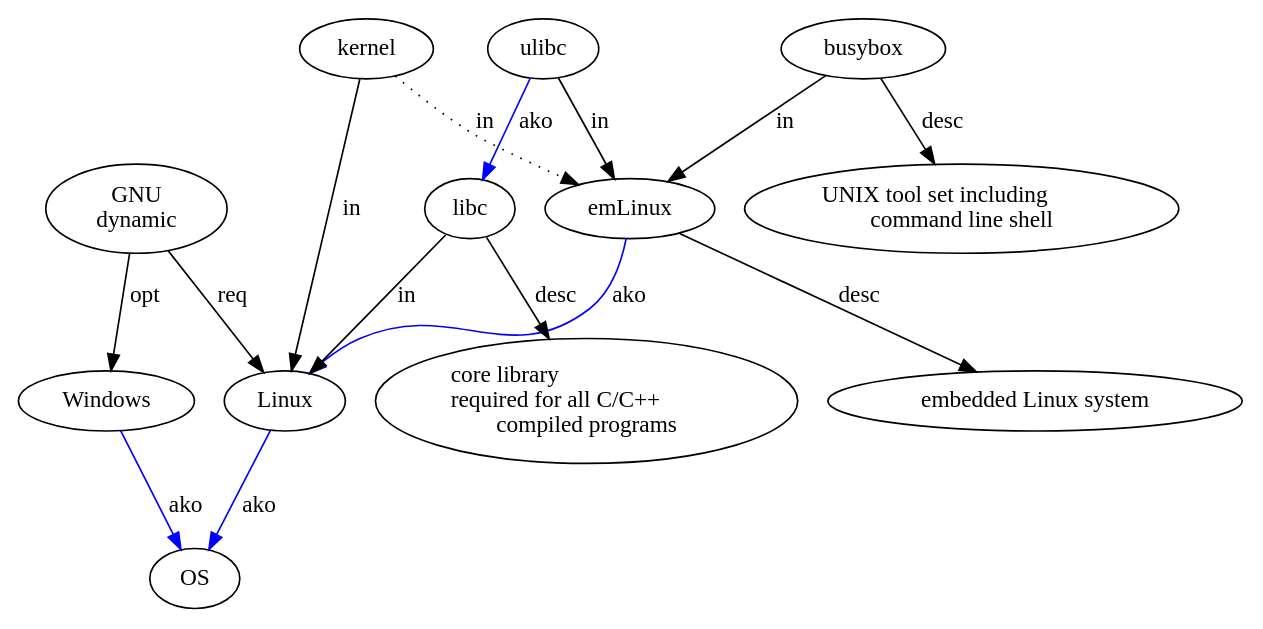
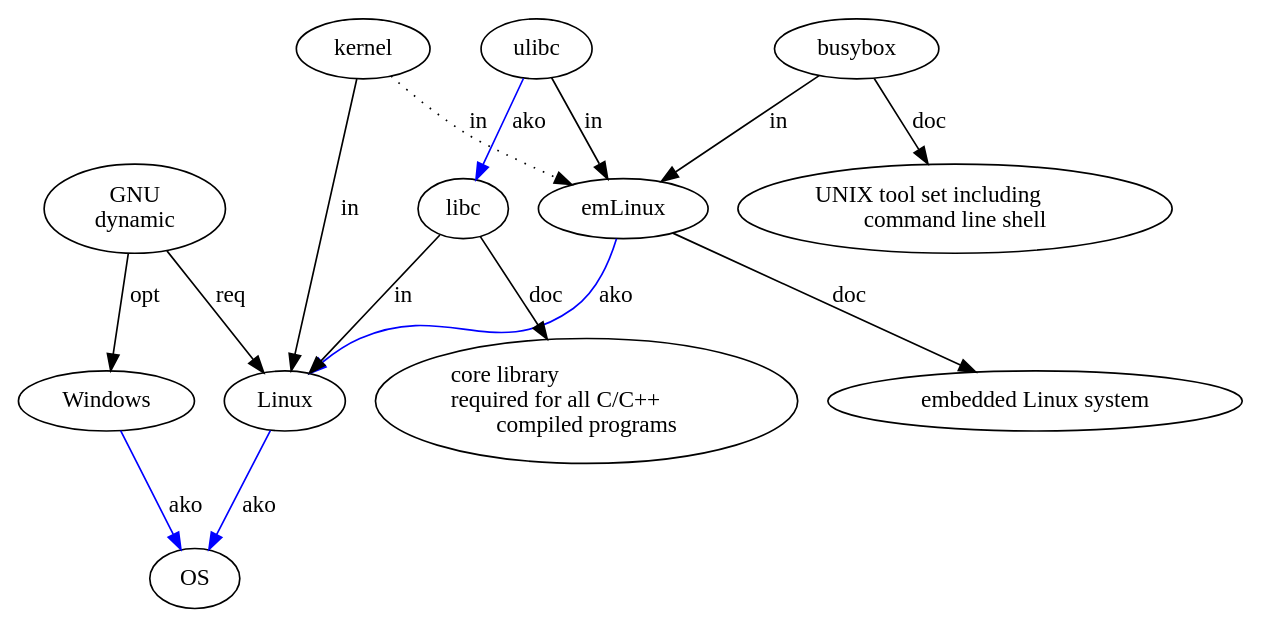
One commit to ponyatov/DLR changed the diagram in doc/cross/00.dot. Above: the diagram before and after it, drawn with Graphviz. The commit also changed 2 other files, not shown here.

```diff
--- a/doc/cross/00.dot
+++ b/doc/cross/00.dot
@@ -1,18 +1,18 @@
 digraph {
     Linux -> OS [label=ako,color=blue];
     emLinux -> Linux [label=ako,color=blue];
-    emLinux -> "embedded Linux system" [label=desc];
+    emLinux -> "embedded Linux system" [label=doc];
     dynamic [label="GNU\ndynamic"];
     dynamic -> Linux [label=req];
     kernel -> Linux [label=in];
     libc -> Linux [label=in];
     busybox -> emLinux [label=in];
     ulibc -> libc [label=ako,color=blue];
     ulibc -> emLinux [label=in];
-    libc -> "core library\lrequired for all C/C++\lcompiled programs" [label=desc];
+    libc -> "core library\lrequired for all C/C++\lcompiled programs" [label=doc];
     kernel -> emLinux [label=in,style=dotted];
-    busybox -> "UNIX tool set including\lcommand line shell" [label=desc];
+    busybox -> "UNIX tool set including\lcommand line shell" [label=doc];
     
     Windows -> OS [label=ako,color=blue];
     dynamic -> Windows [label=opt];
 }
```
